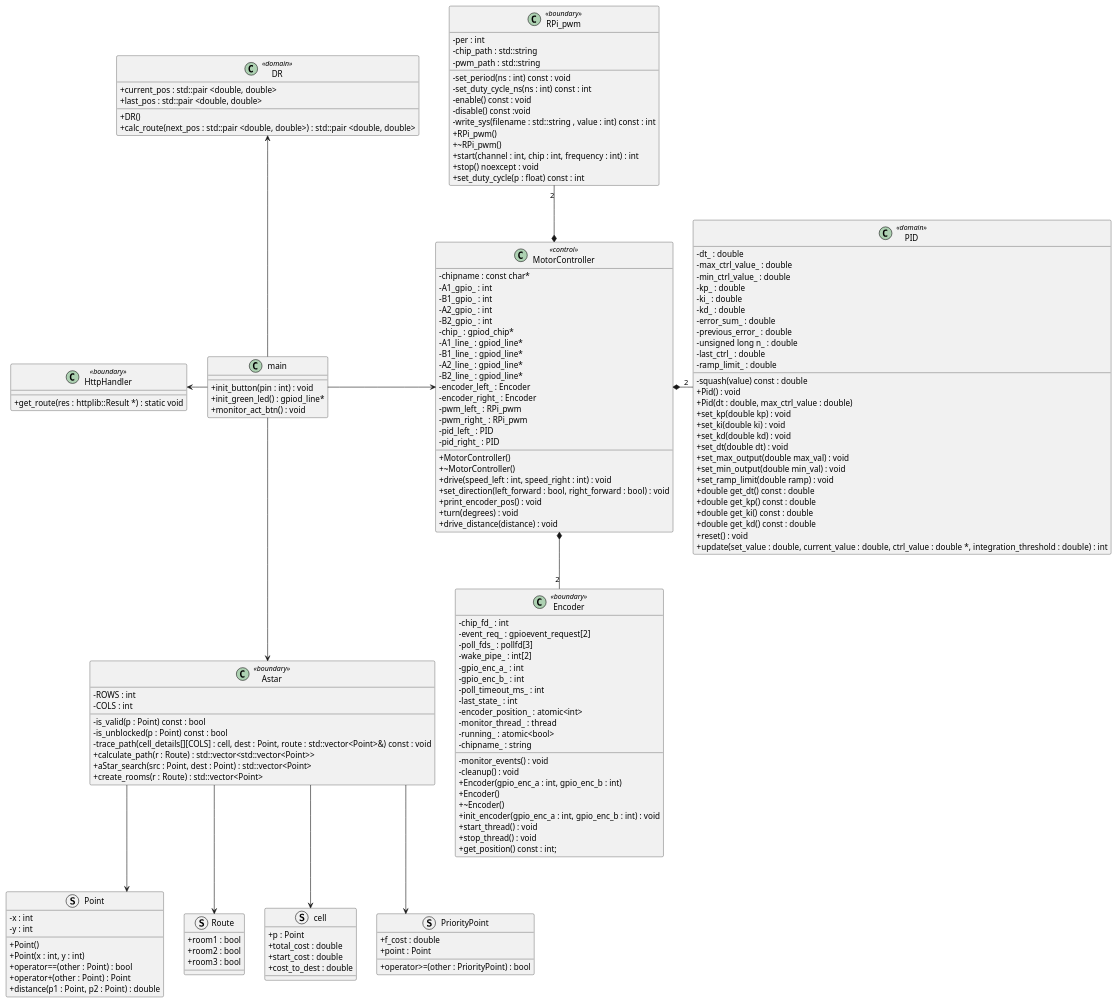
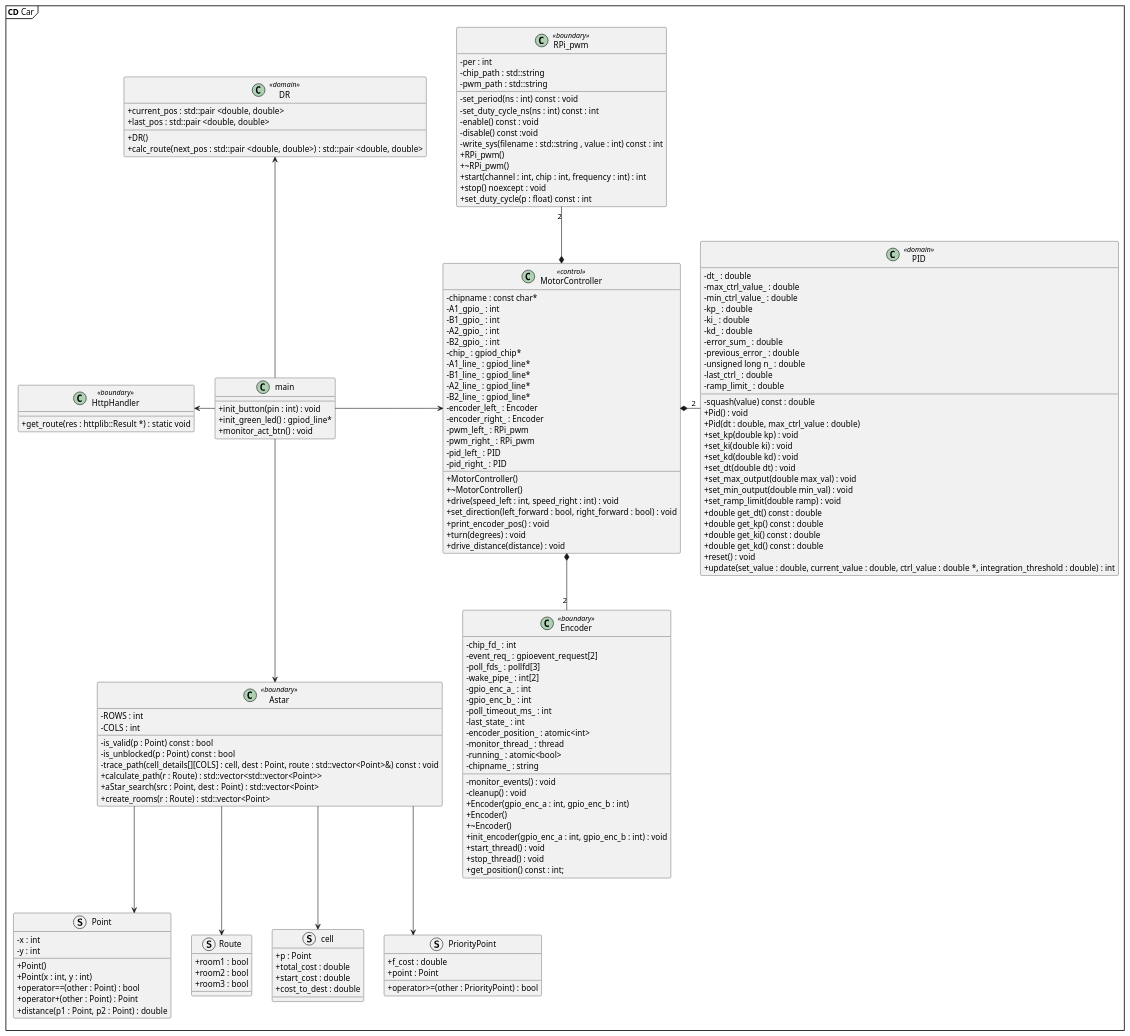
The diagram in docs/diagrams/Plantuml/apModel/car_cd.puml (lineklemensen/PRJ3), drawn with PlantUML before and after one commit. The commit also changed 6 other files, not shown here.

```diff
--- a/docs/diagrams/Plantuml/apModel/car_cd.puml
+++ b/docs/diagrams/Plantuml/apModel/car_cd.puml
@@ -3,196 +3,197 @@
 @startuml CarClasses
 
 skinparam {
     packageStyle rectangle
     Linetype ortho
     ClassAttributeIconSize 0
 }
 
+mainframe **CD** Car
 
 class "MotorController" as mc <<control>>
 {
     -chipname : const char*
     -A1_gpio_ : int
     -B1_gpio_ : int
     -A2_gpio_ : int
     -B2_gpio_ : int
     -chip_ : gpiod_chip*
     -A1_line_ : gpiod_line*
     -B1_line_ : gpiod_line*
     -A2_line_ : gpiod_line*
     -B2_line_ : gpiod_line*
     -encoder_left_ : Encoder
     -encoder_right_ : Encoder
     -pwm_left_ : RPi_pwm
     -pwm_right_ : RPi_pwm
     -pid_left_ : PID
     -pid_right_ : PID
     +MotorController()
     +~MotorController()
     +drive(speed_left : int, speed_right : int) : void
     +set_direction(left_forward : bool, right_forward : bool) : void
     +print_encoder_pos() : void
     +turn(degrees) : void
     +drive_distance(distance) : void
 }
 
 class "PID" as pid <<domain>>
 {
     -dt_ : double
     -max_ctrl_value_ : double
     -min_ctrl_value_ : double
     -kp_ : double
     -ki_ : double
     -kd_ : double
     -error_sum_ : double
     -previous_error_ : double
     -unsigned long n_ : double
     -last_ctrl_ : double
     -ramp_limit_ : double
     -squash(value) const : double
     +Pid() : void
     +Pid(dt : double, max_ctrl_value : double)
     +set_kp(double kp) : void
     +set_ki(double ki) : void
     +set_kd(double kd) : void
     +set_dt(double dt) : void
     +set_max_output(double max_val) : void
     +set_min_output(double min_val) : void
     +set_ramp_limit(double ramp) : void
     +double get_dt() const : double
     +double get_kp() const : double
     +double get_ki() const : double
     +double get_kd() const : double
     +reset() : void
     +update(set_value : double, current_value : double, ctrl_value : double *, integration_threshold : double) : int
 }
 
 class "Astar" as a <<boundary>>
 {
     -ROWS : int
     -COLS : int
     -is_valid(p : Point) const : bool
     -is_unblocked(p : Point) const : bool
     -trace_path(cell_details[][COLS] : cell, dest : Point, route : std::vector<Point>&) const : void
     +calculate_path(r : Route) : std::vector<std::vector<Point>>
     +aStar_search(src : Point, dest : Point) : std::vector<Point>
     +create_rooms(r : Route) : std::vector<Point>
 }
 
 struct "Point"
 {
     -x : int
     -y : int
     +Point()
     +Point(x : int, y : int)
     +operator==(other : Point) : bool
     +operator+(other : Point) : Point
     +distance(p1 : Point, p2 : Point) : double
 }
 
 struct "Route"
 {
     +room1 : bool
     +room2 : bool
     +room3 : bool
 }
 
 struct "cell"
 {
     +p : Point
     +total_cost : double
     +start_cost : double
     +cost_to_dest : double
 }
 
 struct "PriorityPoint"
 {
     +f_cost : double
     +point : Point
     +operator>=(other : PriorityPoint) : bool
 }
 
 class "DR" as dr <<domain>>
 {
 
     +current_pos : std::pair <double, double>
     +last_pos : std::pair <double, double>
     +DR()
     +calc_route(next_pos : std::pair <double, double>) : std::pair <double, double>
 }
 
 class "HttpHandler" as http <<boundary>>
 {
     +get_route(res : httplib::Result *) : static void
 }
 
 class "RPi_pwm" as rp <<boundary>>
 {
     -per : int
     -chip_path : std::string
     -pwm_path : std::string
     -set_period(ns : int) const : void
     -set_duty_cycle_ns(ns : int) const : int
     -enable() const : void
     -disable() const :void
     -write_sys(filename : std::string , value : int) const : int
     +RPi_pwm()
     +~RPi_pwm()
     +start(channel : int, chip : int, frequency : int) : int
     +stop() noexcept : void
     +set_duty_cycle(p : float) const : int
 }
 
 class "Encoder" as enc <<boundary>>
 {
 
 
     -chip_fd_ : int
     -event_req_ : gpioevent_request[2]
     -poll_fds_ : pollfd[3]
     -wake_pipe_ : int[2]
     -gpio_enc_a_ : int
     -gpio_enc_b_ : int
     -poll_timeout_ms_ : int
     -last_state_ : int
     -encoder_position_ : atomic<int>
     -monitor_thread_ : thread
     -running_ : atomic<bool>
     -chipname_ : string
     -monitor_events() : void
     -cleanup() : void
     +Encoder(gpio_enc_a : int, gpio_enc_b : int)
     +Encoder()
     +~Encoder()
     +init_encoder(gpio_enc_a : int, gpio_enc_b : int) : void
     +start_thread() : void
     +stop_thread() : void
     +get_position() const : int;
 }
 
 class "main" as m 
 {
     +init_button(pin : int) : void
     +init_green_led() : gpiod_line*
     +monitor_act_btn() : void
 }
 
 
 m -r-> mc
 m -u-> dr
 m --> a
 m -l-> http
 
 mc *-- "2" enc
 mc *-r- "2" pid
 mc *-u- "2" rp
 
 
 a --> Point
 a --> Route
 a --> cell 
 a --> PriorityPoint
 
 
 
 @enduml
```
